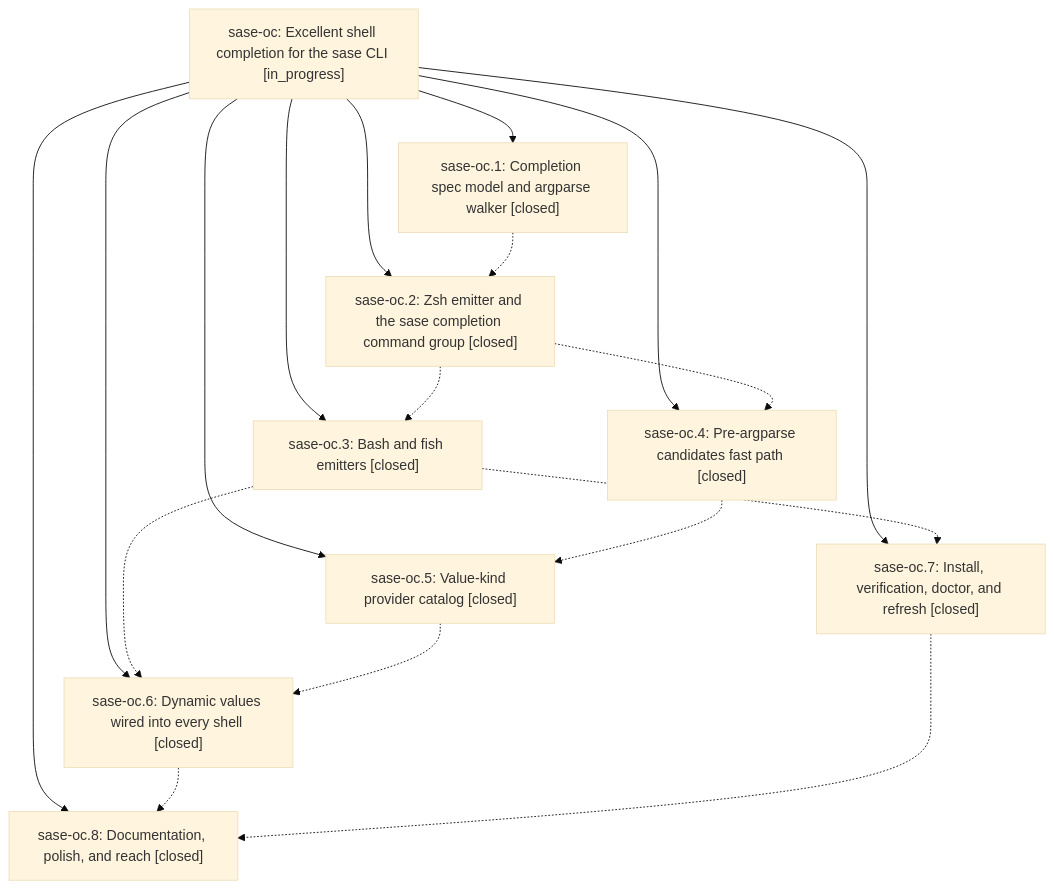
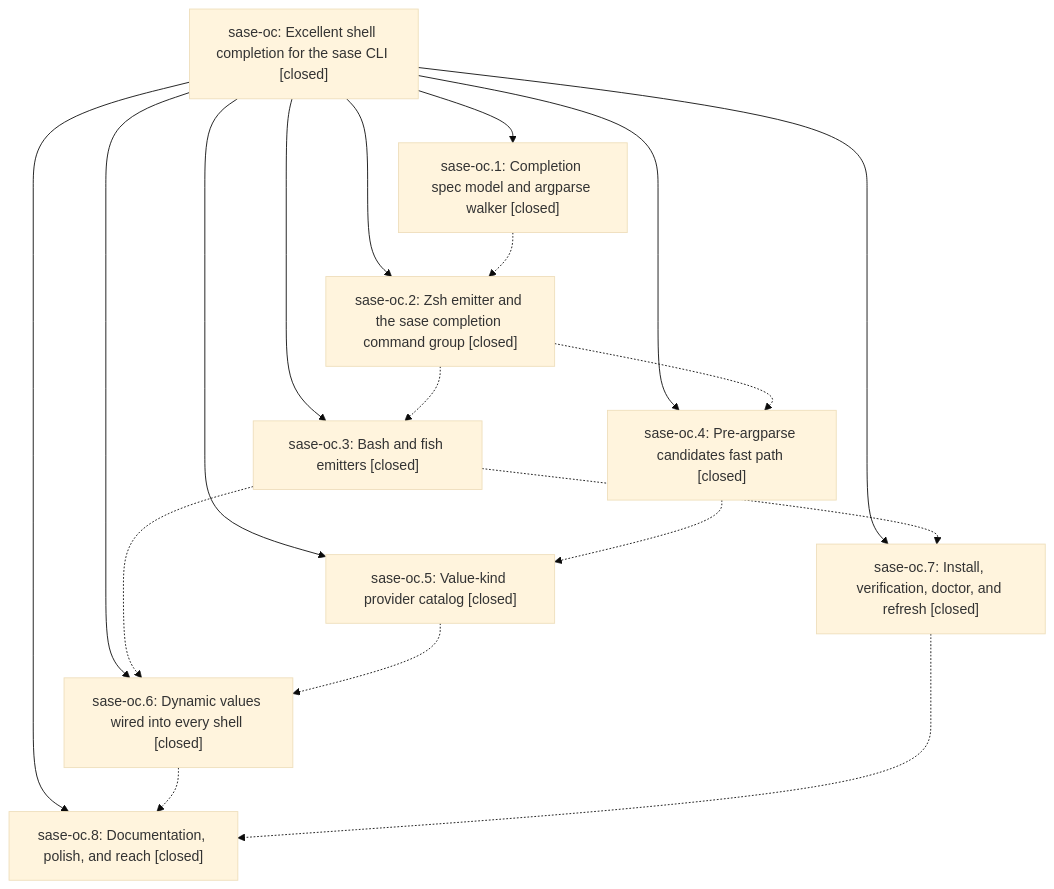
Before and after one commit to sase-org/sase--beads: the diagram in pages/sase-oc/README.md, drawn with Mermaid (base theme). The commit also changed other lines of this file, not shown here.

First line of the commit message:
chore(beads): sync bead state and pages for sase-oc

````diff
--- a/pages/sase-oc/README.md
+++ b/pages/sase-oc/README.md
@@ -59,29 +91,29 @@
 ```mermaid
 flowchart TD
-    n0["sase-oc: Excellent shell completion for the sase CLI [in_progress]"]
+    n0["sase-oc: Excellent shell completion for the sase CLI [closed]"]
     n1["sase-oc.1: Completion spec model and argparse walker [closed]"]
     n2["sase-oc.2: Zsh emitter and the sase completion command group [closed]"]
     n3["sase-oc.3: Bash and fish emitters [closed]"]
     n4["sase-oc.4: Pre-argparse candidates fast path [closed]"]
     n5["sase-oc.5: Value-kind provider catalog [closed]"]
     n6["sase-oc.6: Dynamic values wired into every shell [closed]"]
     n7["sase-oc.7: Install, verification, doctor, and refresh [closed]"]
     n8["sase-oc.8: Documentation, polish, and reach [closed]"]
     n0 --> n1
     n0 --> n2
     n0 --> n3
     n0 --> n4
     n0 --> n5
     n0 --> n6
     n0 --> n7
     n0 --> n8
     n1 -.-> n2
     n2 -.-> n3
     n2 -.-> n4
     n3 -.-> n6
     n3 -.-> n7
     n4 -.-> n5
     n5 -.-> n6
     n6 -.-> n8
     n7 -.-> n8
 ```
````
